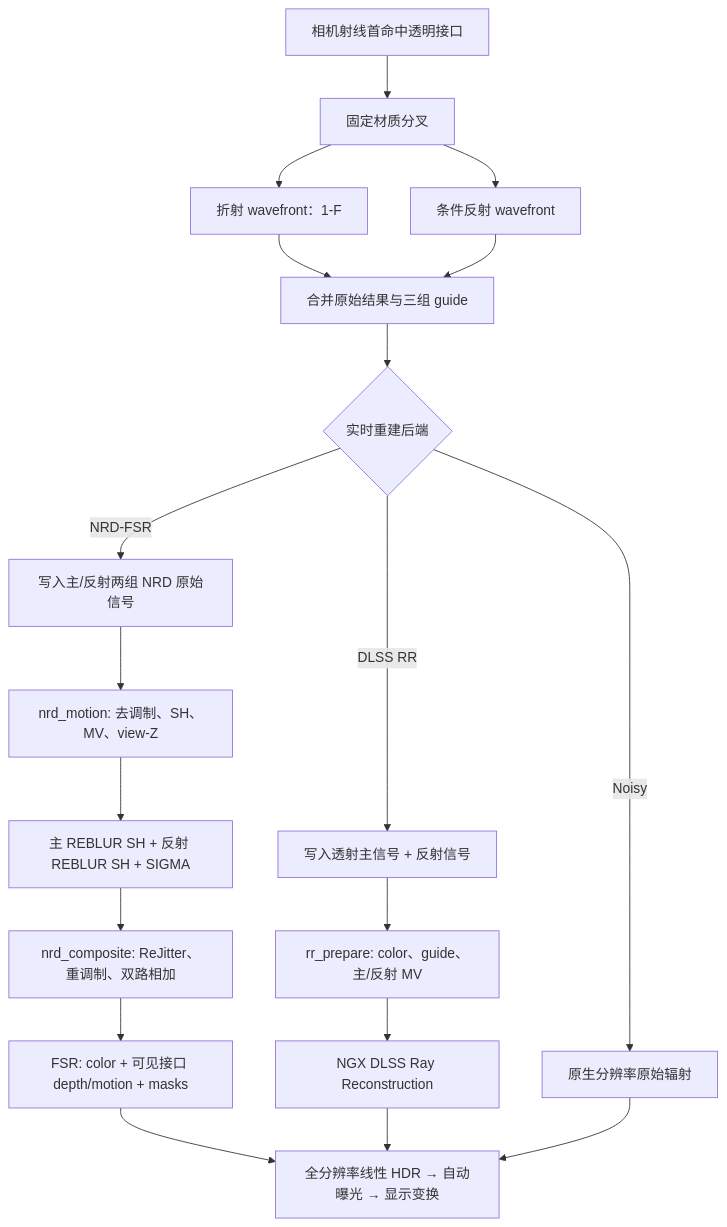
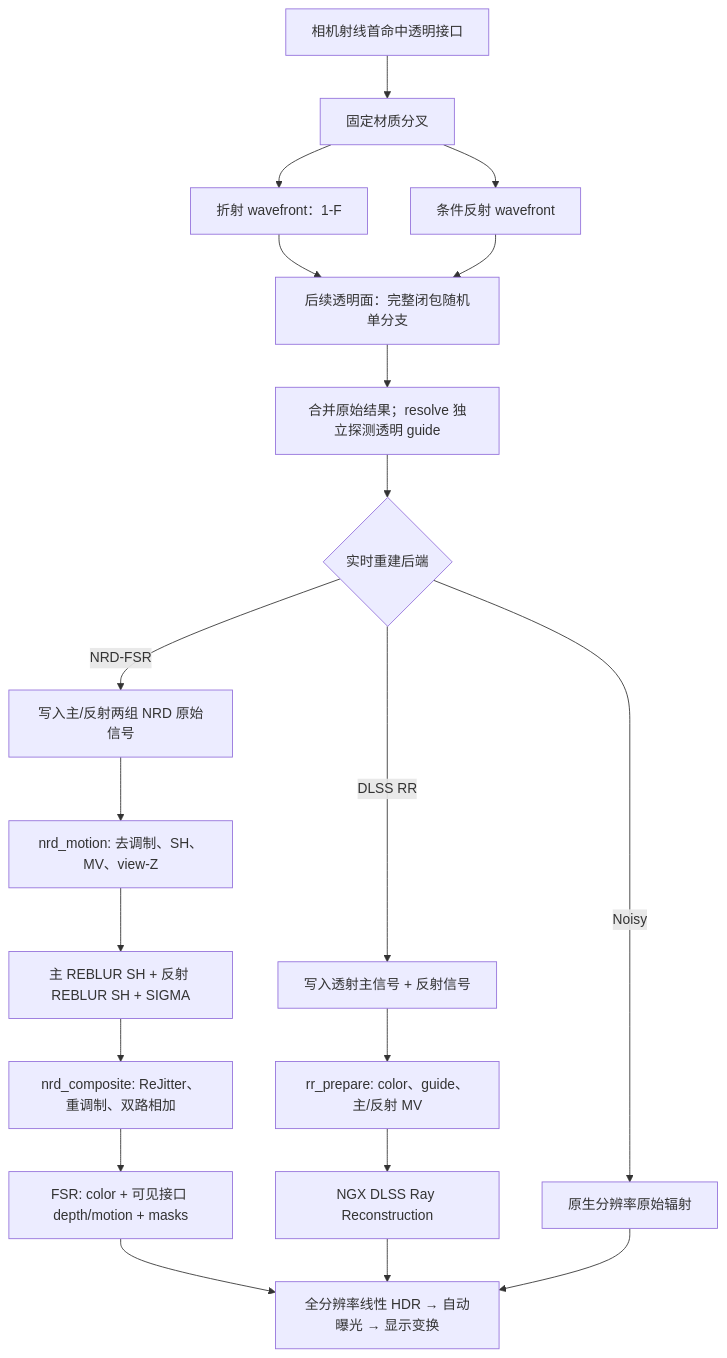
Before and after one commit to 187J3X1-114514/prime: the diagram in docs/透明渲染与实时重建.md, drawn with Mermaid. The commit also changed other lines of this file and 18 other files, not shown here.

````diff
--- a/docs/透明渲染与实时重建.md
+++ b/docs/透明渲染与实时重建.md
@@ -52,24 +53,25 @@
 ```mermaid
 flowchart TD
     A["相机射线首命中透明接口"] --> B["固定材质分叉"]
     B --> T["折射 wavefront：1-F"]
     B --> R["条件反射 wavefront"]
-    T --> M["合并原始结果与三组 guide"]
-    R --> M
+    T --> C["后续透明面：完整闭包随机单分支"]
+    R --> C
+    C --> M["合并原始结果；resolve 独立探测透明 guide"]
     M --> S{"实时重建后端"}
 
     S -->|NRD-FSR| N0["写入主/反射两组 NRD 原始信号"]
     N0 --> N1["nrd_motion: 去调制、SH、MV、view-Z"]
     N1 --> N2["主 REBLUR SH + 反射 REBLUR SH + SIGMA"]
     N2 --> N3["nrd_composite: ReJitter、重调制、双路相加"]
     N3 --> F["FSR: color + 可见接口 depth/motion + masks"]
     F --> D["全分辨率线性 HDR → 自动曝光 → 显示变换"]
 
     S -->|DLSS RR| Q0["写入透射主信号 + 反射信号"]
     Q0 --> Q1["rr_prepare: color、guide、主/反射 MV"]
     Q1 --> Q2["NGX DLSS Ray Reconstruction"]
     Q2 --> D
 
     S -->|Noisy| U0["原生分辨率原始辐射"]
     U0 --> D
 ```
````
